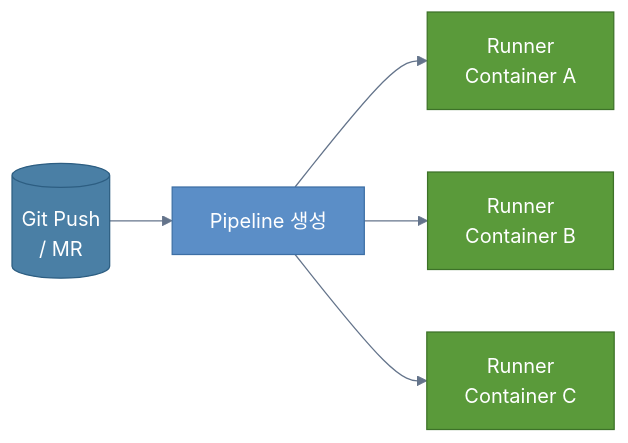
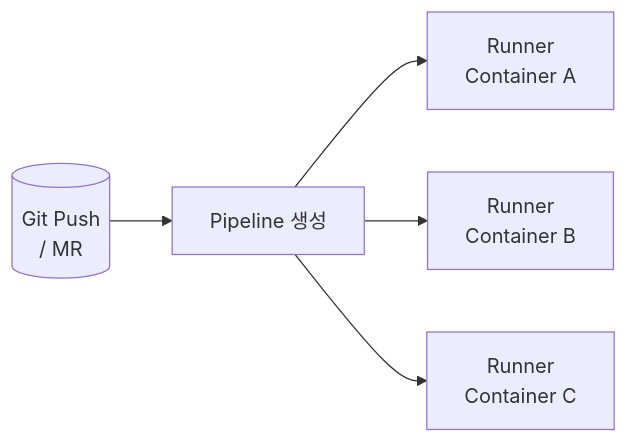
One commit to Seobway23/Seobway23.github.io changed the first of 8 diagrams in posts/study/infra/gitlab-cicd-guide.md. Above: the diagram before and after it, drawn with Mermaid. The commit also changed other lines of this file and 21 other files, not shown here.

Commit message:
:sparkles: mermaid, code,inline edit

````diff
--- a/posts/study/infra/gitlab-cicd-guide.md
+++ b/posts/study/infra/gitlab-cicd-guide.md
@@ -27,16 +27,11 @@
 ```mermaid
-%%{init: {'theme': 'base', 'themeVariables': {'primaryColor': '#5b8ec7', 'primaryTextColor': '#fff', 'primaryBorderColor': '#3d6fa5', 'lineColor': '#64748b', 'edgeLabelBackground': '#eef2f7', 'secondaryColor': '#f0f4f8', 'tertiaryColor': '#e8f5e9'}}}%%
+%% desc: GitLab CI 기본 구조 — Git Push 후 Pipeline이 생성되고 Runner 컨테이너가 각 잡을 실행
 flowchart LR
     GIT[("Git Push\n/ MR")] --> PL[Pipeline 생성]
     PL --> R1[Runner\nContainer A]
     PL --> R2[Runner\nContainer B]
     PL --> R3[Runner\nContainer C]
 
-    classDef git fill:#4a7fa5,stroke:#2d5e82,color:#fff
-    classDef pl fill:#5b8ec7,stroke:#3d6fa5,color:#fff
-    classDef runner fill:#5a9a3a,stroke:#3d7228,color:#fff
 
-    class GIT git
-    class PL pl
-    class R1,R2,R3 runner
+
 ```
````
